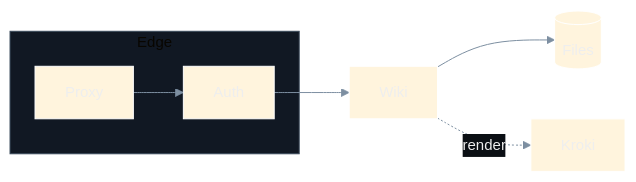
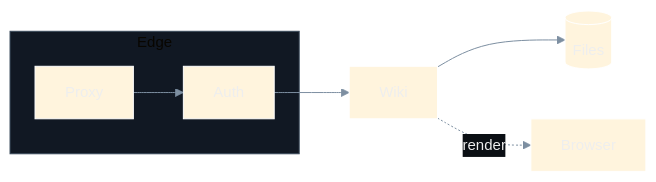
One commit to ssalentin/stichpunkt changed the first of 2 diagrams in examples/knowledge/Features/Diagrams/Mermaid.md. Above: the diagram before and after it, drawn with Mermaid. The commit also changed 29 other files, not shown here.

First line of the commit message:
Remove Kroki server-side diagram feature (IS-312) (#31)

````diff
--- a/examples/knowledge/Features/Diagrams/Mermaid.md
+++ b/examples/knowledge/Features/Diagrams/Mermaid.md
@@ -8,10 +8,10 @@
 ```mermaid
 %%{init: {"theme":"base","themeVariables":{"darkMode":true,"lineColor":"#7d8fa1","textColor":"#dbe4ec","edgeLabelBackground":"#0b0f14","clusterBkg":"#111823","clusterBorder":"#3a4a5a","fontSize":"15px"}}}%%
 flowchart LR
   subgraph edge[Edge]
     P[Proxy] --> A[Auth]
   end
   A --> W[Wiki]
   W --> K[(Files)]
-  W -. render .-> D[Kroki]
+  W -. render .-> D[Browser]
 ```
````
